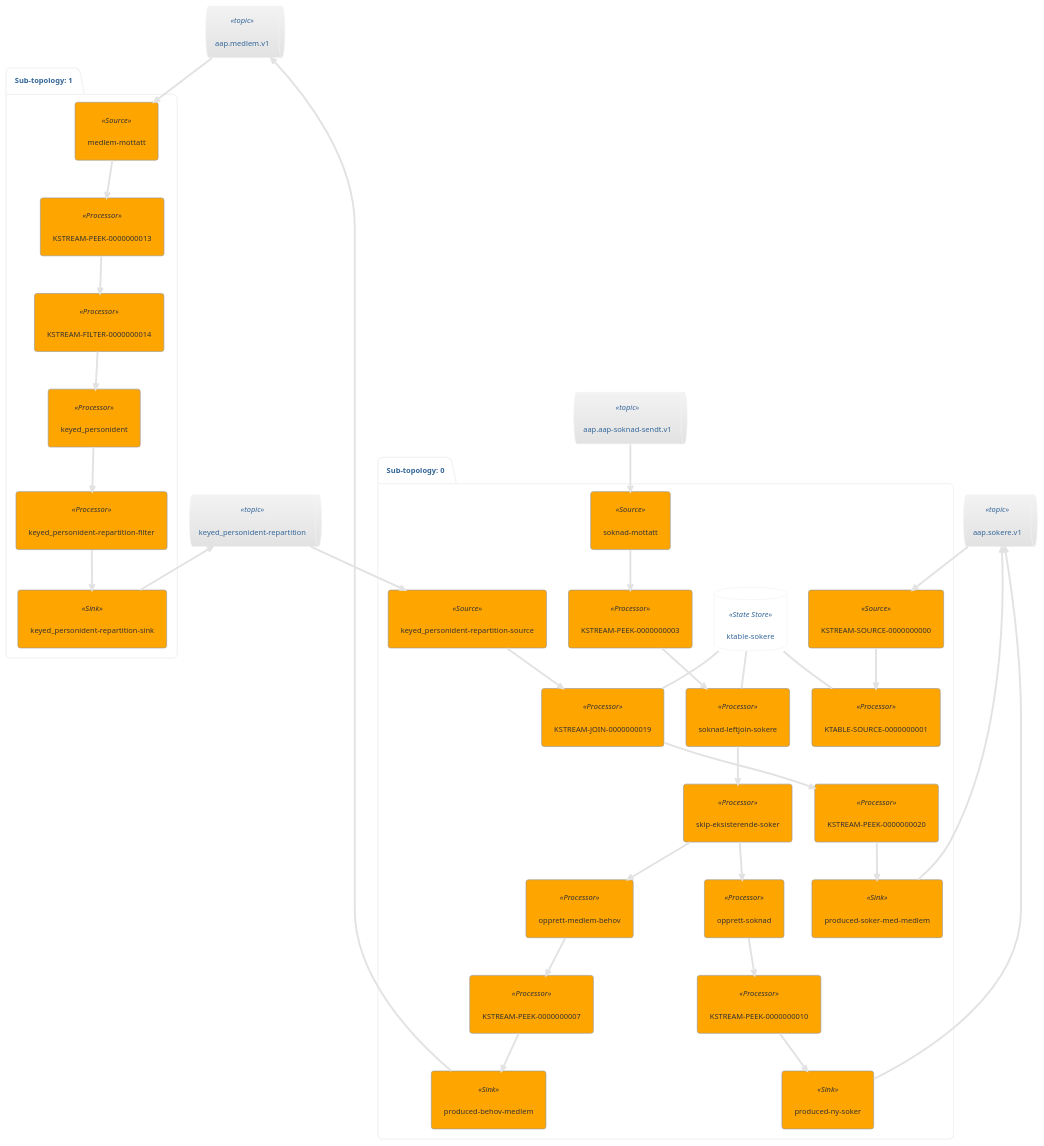
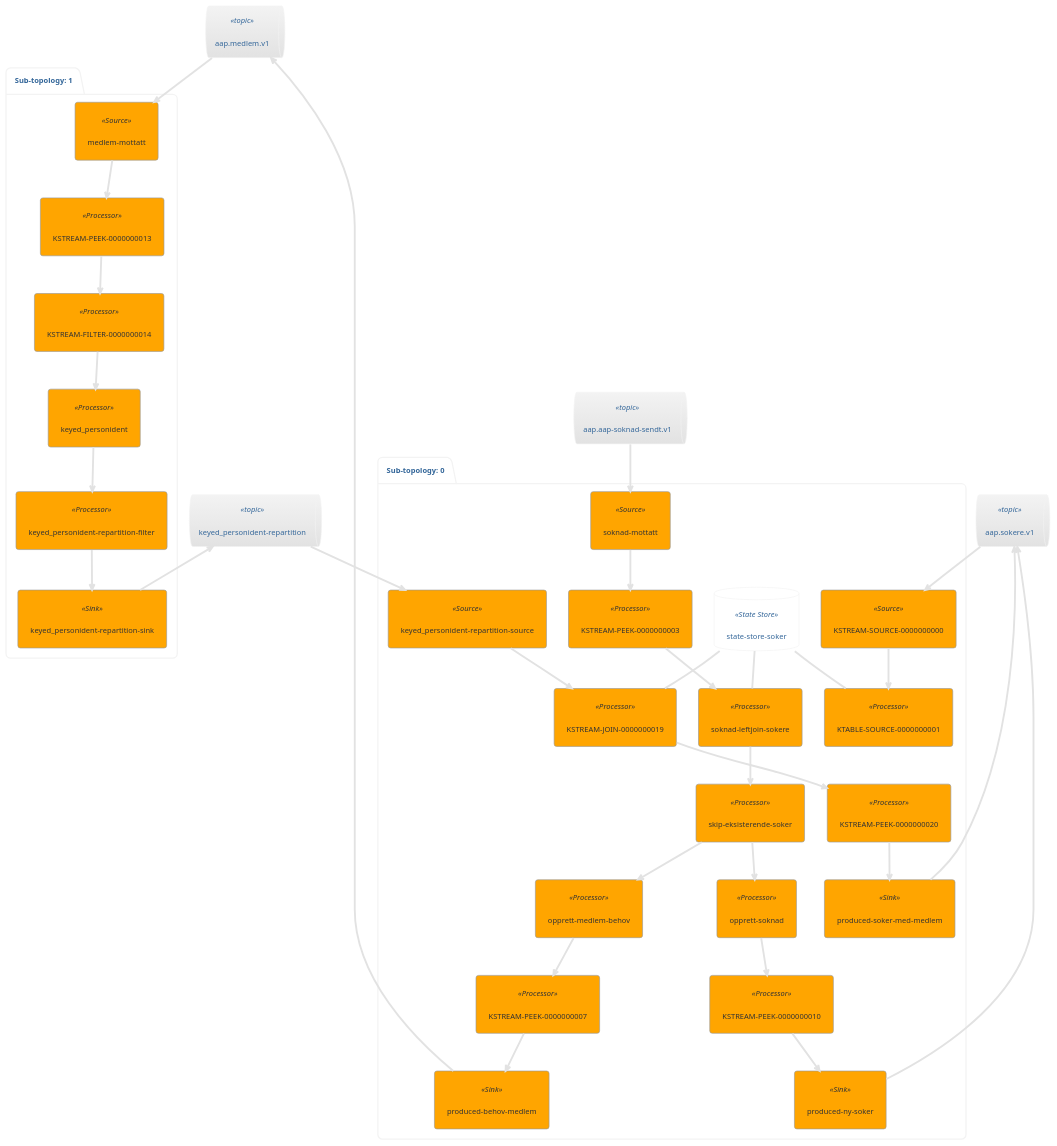
The diagram in doc/topology.puml (navikt/aap-vedtak), drawn with PlantUML before and after one commit. The commit also changed 22 other files, not shown here.

```diff
--- a/doc/topology.puml
+++ b/doc/topology.puml
@@ -1,63 +1,63 @@
 @startuml
 !theme lightgray
 queue "aap.medlem.v1" <<topic>> as aap_medlem_v1
 queue "aap.sokere.v1" <<topic>> as aap_sokere_v1
 queue "aap.aap-soknad-sendt.v1" <<topic>> as aap_aap_soknad_sendt_v1
 queue "keyed_personident-repartition" <<topic>> as keyed_personident_repartition
 package "Sub-topology: 0" {
-	database "ktable-sokere" <<State Store>> as ktable_sokere
+	database "state-store-soker" <<State Store>> as state_store_soker
 	agent "soknad-mottatt" <<Source>> as soknad_mottatt
 	agent "KSTREAM-PEEK-0000000003" <<Processor>> as KSTREAM_PEEK_0000000003
 	agent "soknad-leftjoin-sokere" <<Processor>> as soknad_leftjoin_sokere
 	agent "skip-eksisterende-soker" <<Processor>> as skip_eksisterende_soker
 	agent "keyed_personident-repartition-source" <<Source>> as keyed_personident_repartition_source
 	agent "KSTREAM-JOIN-0000000019" <<Processor>> as KSTREAM_JOIN_0000000019
 	agent "opprett-medlem-behov" <<Processor>> as opprett_medlem_behov
 	agent "opprett-soknad" <<Processor>> as opprett_soknad
 	agent "KSTREAM-PEEK-0000000007" <<Processor>> as KSTREAM_PEEK_0000000007
 	agent "KSTREAM-PEEK-0000000010" <<Processor>> as KSTREAM_PEEK_0000000010
 	agent "KSTREAM-PEEK-0000000020" <<Processor>> as KSTREAM_PEEK_0000000020
 	agent "KSTREAM-SOURCE-0000000000" <<Source>> as KSTREAM_SOURCE_0000000000
 	agent "KTABLE-SOURCE-0000000001" <<Processor>> as KTABLE_SOURCE_0000000001
 	agent "produced-behov-medlem" <<Sink>> as produced_behov_medlem
 	agent "produced-ny-soker" <<Sink>> as produced_ny_soker
 	agent "produced-soker-med-medlem" <<Sink>> as produced_soker_med_medlem
 	aap_aap_soknad_sendt_v1 --> soknad_mottatt
-	ktable_sokere -- soknad_leftjoin_sokere
+	state_store_soker -- soknad_leftjoin_sokere
 	keyed_personident_repartition --> keyed_personident_repartition_source
-	ktable_sokere -- KSTREAM_JOIN_0000000019
+	state_store_soker -- KSTREAM_JOIN_0000000019
 	aap_sokere_v1 --> KSTREAM_SOURCE_0000000000
-	ktable_sokere -- KTABLE_SOURCE_0000000001
+	state_store_soker -- KTABLE_SOURCE_0000000001
 	aap_medlem_v1 <-- produced_behov_medlem
 	aap_sokere_v1 <-- produced_ny_soker
 	aap_sokere_v1 <-- produced_soker_med_medlem
 	soknad_mottatt --> KSTREAM_PEEK_0000000003
 	KSTREAM_PEEK_0000000003 --> soknad_leftjoin_sokere
 	soknad_leftjoin_sokere --> skip_eksisterende_soker
 	skip_eksisterende_soker --> opprett_medlem_behov
 	skip_eksisterende_soker --> opprett_soknad
 	keyed_personident_repartition_source --> KSTREAM_JOIN_0000000019
 	KSTREAM_JOIN_0000000019 --> KSTREAM_PEEK_0000000020
 	opprett_medlem_behov --> KSTREAM_PEEK_0000000007
 	opprett_soknad --> KSTREAM_PEEK_0000000010
 	KSTREAM_PEEK_0000000007 --> produced_behov_medlem
 	KSTREAM_PEEK_0000000010 --> produced_ny_soker
 	KSTREAM_PEEK_0000000020 --> produced_soker_med_medlem
 	KSTREAM_SOURCE_0000000000 --> KTABLE_SOURCE_0000000001
 }
 package "Sub-topology: 1" {
 	agent "medlem-mottatt" <<Source>> as medlem_mottatt
 	agent "KSTREAM-PEEK-0000000013" <<Processor>> as KSTREAM_PEEK_0000000013
 	agent "KSTREAM-FILTER-0000000014" <<Processor>> as KSTREAM_FILTER_0000000014
 	agent "keyed_personident" <<Processor>> as keyed_personident
 	agent "keyed_personident-repartition-filter" <<Processor>> as keyed_personident_repartition_filter
 	agent "keyed_personident-repartition-sink" <<Sink>> as keyed_personident_repartition_sink
 	aap_medlem_v1 --> medlem_mottatt
 	keyed_personident_repartition <-- keyed_personident_repartition_sink
 	medlem_mottatt --> KSTREAM_PEEK_0000000013
 	KSTREAM_PEEK_0000000013 --> KSTREAM_FILTER_0000000014
 	KSTREAM_FILTER_0000000014 --> keyed_personident
 	keyed_personident --> keyed_personident_repartition_filter
 	keyed_personident_repartition_filter --> keyed_personident_repartition_sink
 }
 @enduml
```
